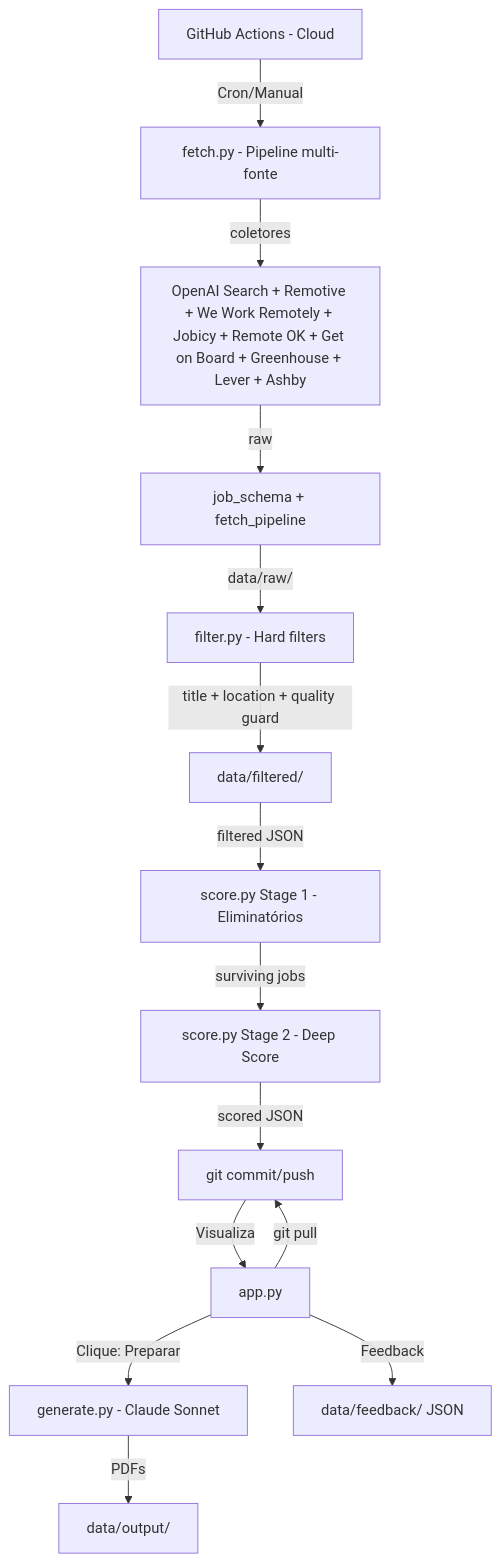
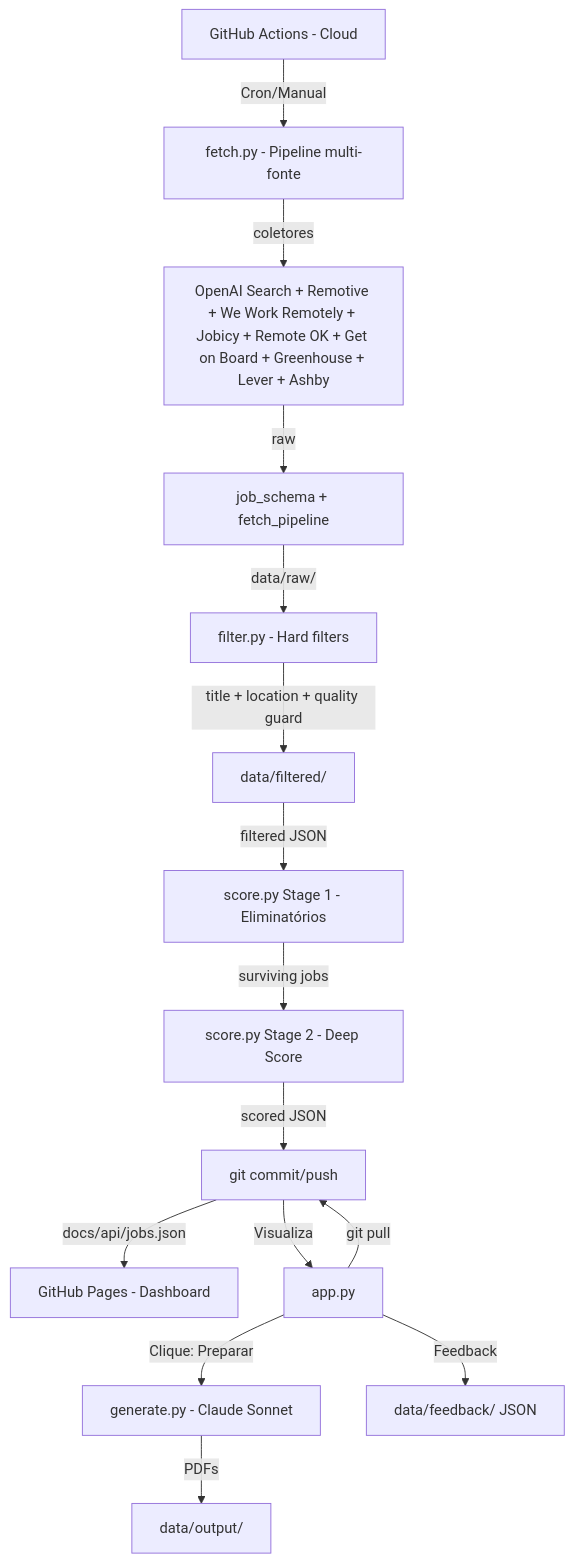
The diagram in ARCHITECTURE.md (gmaiarviana/job_radar), drawn with Mermaid before and after one commit. The commit also changed other lines of this file and 2 other files, not shown here.

````diff
--- a/ARCHITECTURE.md
+++ b/ARCHITECTURE.md
@@ -11,17 +11,18 @@
 ```mermaid
 graph TD
     A[GitHub Actions - Cloud] -->|Cron/Manual| B[fetch.py - Pipeline multi-fonte]
     B -->|coletores| B1[OpenAI Search + Remotive + We Work Remotely + Jobicy + Remote OK + Get on Board + Greenhouse + Lever + Ashby]
     B1 -->|raw| B2[job_schema + fetch_pipeline]
     B2 -->|data/raw/| B3[filter.py - Hard filters]
     B3 -->|title + location + quality guard| B4[data/filtered/]
     B4 -->|filtered JSON| C[score.py Stage 1 - Eliminatórios]
     C -->|surviving jobs| D[score.py Stage 2 - Deep Score]
     D -->|scored JSON| E[git commit/push]
-    
+    E -->|docs/api/jobs.json| J[GitHub Pages - Dashboard]
+
     F[Streamlit - Local] -->|git pull| E
     E -->|Visualiza| F[app.py]
     F -->|Clique: Preparar| G[generate.py - Claude Sonnet]
     G -->|PDFs| H[data/output/]
     F -->|Feedback| I[data/feedback/ JSON]
 ```
````
